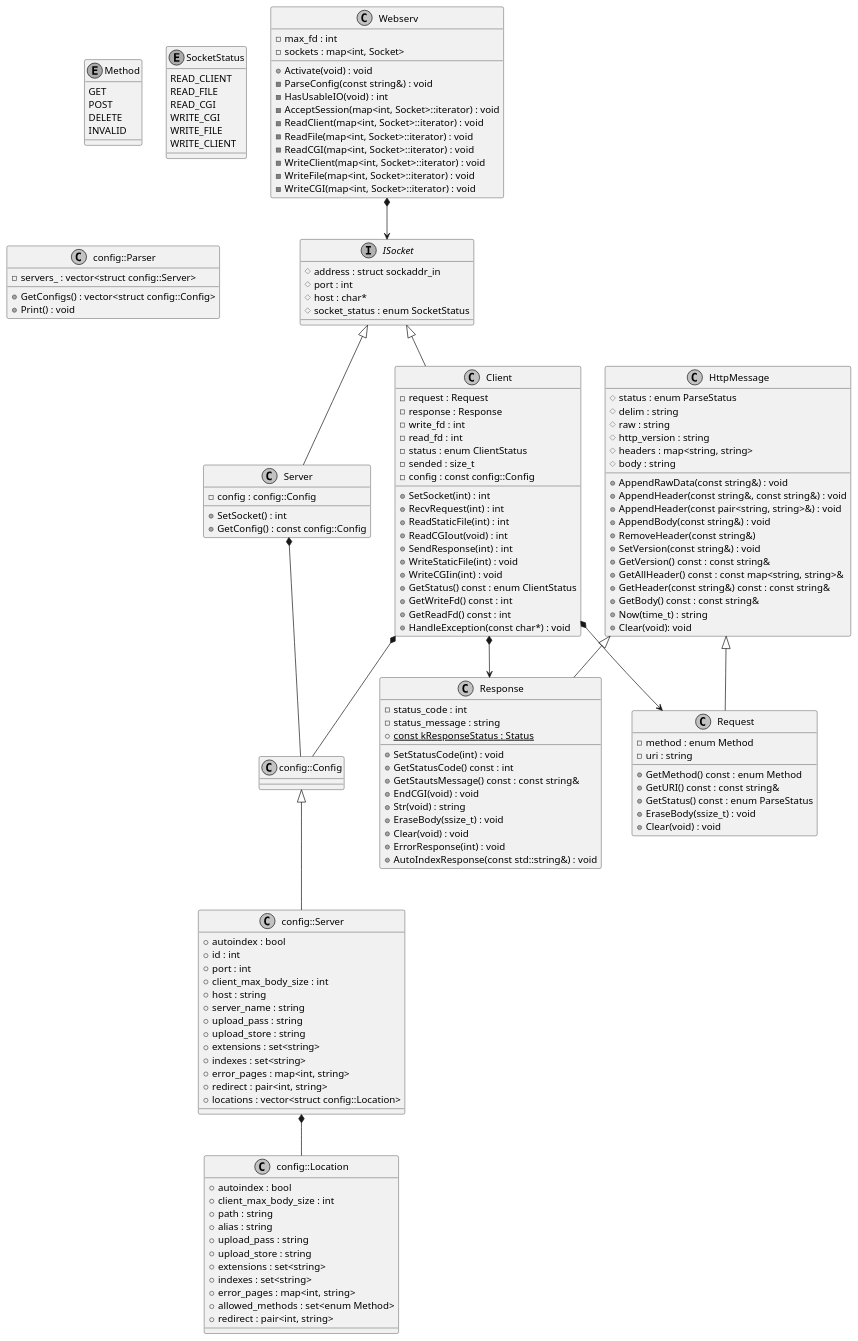
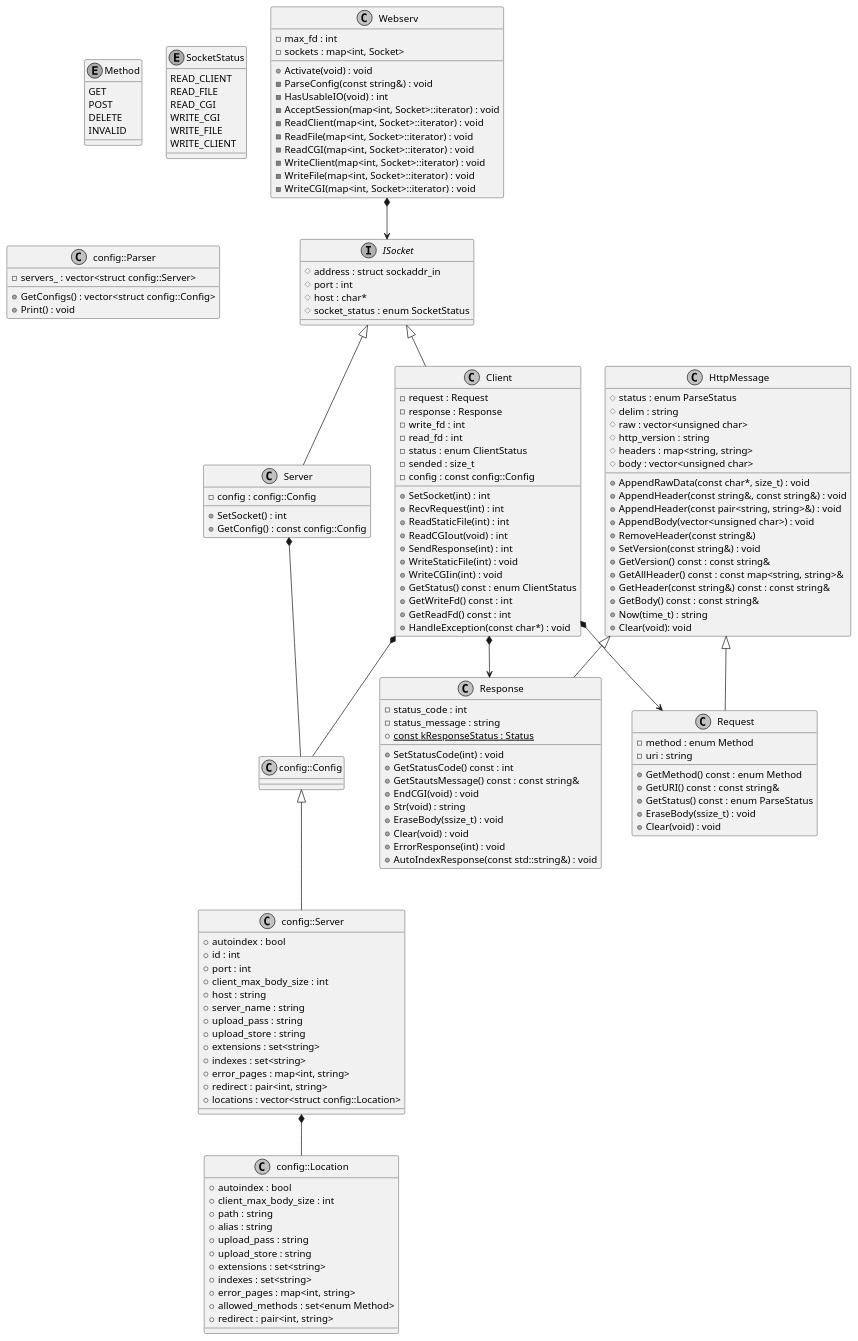
Before and after one commit to tkomatsu/webserv: the diagram in docs/misc/webserv.pu, drawn with PlantUML.

Commit message:
docs(uml): fix class diagram

```diff
--- a/docs/misc/webserv.pu
+++ b/docs/misc/webserv.pu
@@ -1,167 +1,167 @@
 @startuml webserv
 
 skinparam monochrome true
 skinparam shadowing false
 
 class Webserv {
   - max_fd : int
   - sockets : map<int, Socket>
   + Activate(void) : void
   - ParseConfig(const string&) : void
   - HasUsableIO(void) : int
   - AcceptSession(map<int, Socket>::iterator) : void
   - ReadClient(map<int, Socket>::iterator) : void
   - ReadFile(map<int, Socket>::iterator) : void
   - ReadCGI(map<int, Socket>::iterator) : void
   - WriteClient(map<int, Socket>::iterator) : void
   - WriteFile(map<int, Socket>::iterator) : void
   - WriteCGI(map<int, Socket>::iterator) : void
 }
 
 interface ISocket {
   # address : struct sockaddr_in
   # port : int
   # host : char*
   # socket_status : enum SocketStatus
 }
 
 class Server {
   - config : config::Config
   + SetSocket() : int
   + GetConfig() : const config::Config
 }
 
 class Client {
   - request : Request
   - response : Response
   - write_fd : int
   - read_fd : int
   - status : enum ClientStatus
   - sended : size_t
   - config : const config::Config
   + SetSocket(int) : int
   + RecvRequest(int) : int
   + ReadStaticFile(int) : int
   + ReadCGIout(void) : int
   + SendResponse(int) : int
   + WriteStaticFile(int) : void
   + WriteCGIin(int) : void
   + GetStatus() const : enum ClientStatus
   + GetWriteFd() const : int
   + GetReadFd() const : int
   + HandleException(const char*) : void
 }
 
 class HttpMessage {
   # status : enum ParseStatus
   # delim : string
-  # raw : string
+  # raw : vector<unsigned char>
   # http_version : string
   # headers : map<string, string>
-  # body : string
-  + AppendRawData(const string&) : void
+  # body : vector<unsigned char>
+  + AppendRawData(const char*, size_t) : void
   + AppendHeader(const string&, const string&) : void
   + AppendHeader(const pair<string, string>&) : void
-  + AppendBody(const string&) : void
+  + AppendBody(vector<unsigned char>) : void
   + RemoveHeader(const string&)
   + SetVersion(const string&) : void
   + GetVersion() const : const string&
   + GetAllHeader() const : const map<string, string>&
   + GetHeader(const string&) const : const string&
   + GetBody() const : const string&
   + Now(time_t) : string
   + Clear(void): void
 }
 
 class Request {
   - method : enum Method
   - uri : string
   + GetMethod() const : enum Method
   + GetURI() const : const string&
   + GetStatus() const : enum ParseStatus
   + EraseBody(ssize_t) : void
   + Clear(void) : void
 }
 
 class Response {
   - status_code : int
   - status_message : string
   + {static} const kResponseStatus : Status
   + SetStatusCode(int) : void
   + GetStatusCode() const : int
   + GetStautsMessage() const : const string&
   + EndCGI(void) : void
   + Str(void) : string
   + EraseBody(ssize_t) : void
   + Clear(void) : void
   + ErrorResponse(int) : void
   + AutoIndexResponse(const std::string&) : void
 }
 
 enum Method {
   GET
   POST
   DELETE
   INVALID
 }
 
 enum SocketStatus {
   READ_CLIENT
   READ_FILE
   READ_CGI
   WRITE_CGI
   WRITE_FILE
   WRITE_CLIENT
 }
 
 class config::Parser {
   + GetConfigs() : vector<struct config::Config>
   + Print() : void
   - servers_ : vector<struct config::Server>
 }
 
 class config::Config {}
 
 class config::Server {
   + autoindex : bool
   + id : int
   + port : int
   + client_max_body_size : int
   + host : string
   + server_name : string
   + upload_pass : string
   + upload_store : string
   + extensions : set<string>
   + indexes : set<string>
   + error_pages : map<int, string>
   + redirect : pair<int, string>
   + locations : vector<struct config::Location>
 }
 
 class config::Location {
   + autoindex : bool
   + client_max_body_size : int
   + path : string
   + alias : string
   + upload_pass : string
   + upload_store : string
   + extensions : set<string>
   + indexes : set<string>
   + error_pages : map<int, string>
   + allowed_methods : set<enum Method>
   + redirect : pair<int, string>
 }
 
 Webserv *--> ISocket
 ISocket <|-- Client
 ISocket <|-- Server
 Client *--> Request
 Client *--> Response
 HttpMessage <|-- Request
 HttpMessage <|-- Response
 config::Server *-- config::Location
 config::Config <|-- config::Server
 Server *-- config::Config
 Client *-- config::Config
 
 @enduml
```
